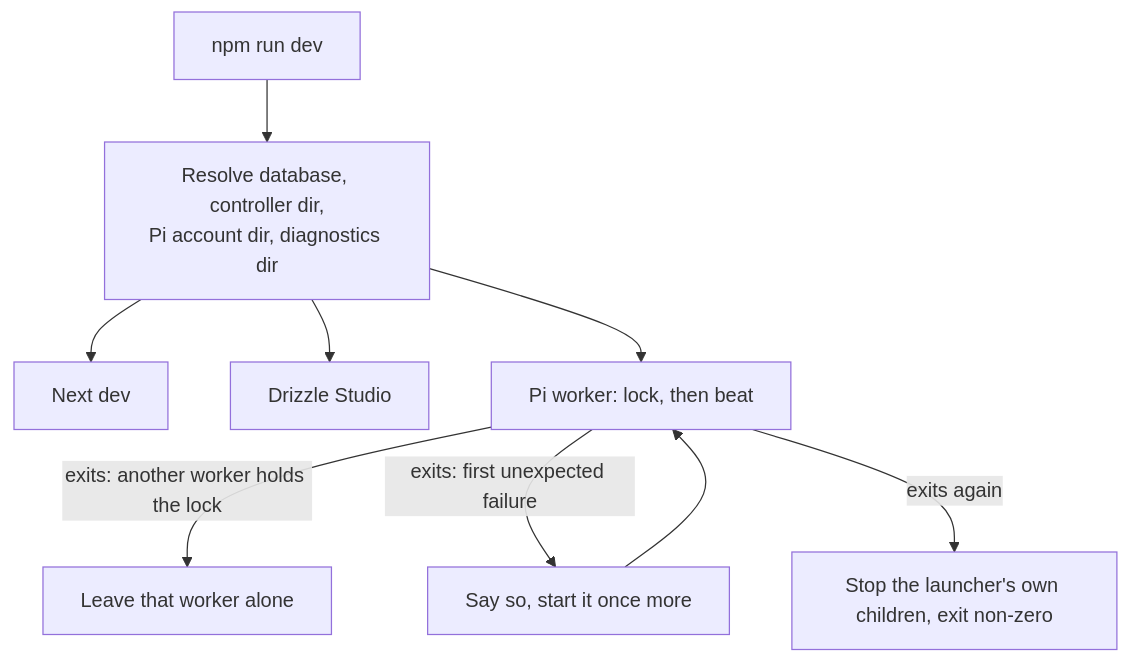
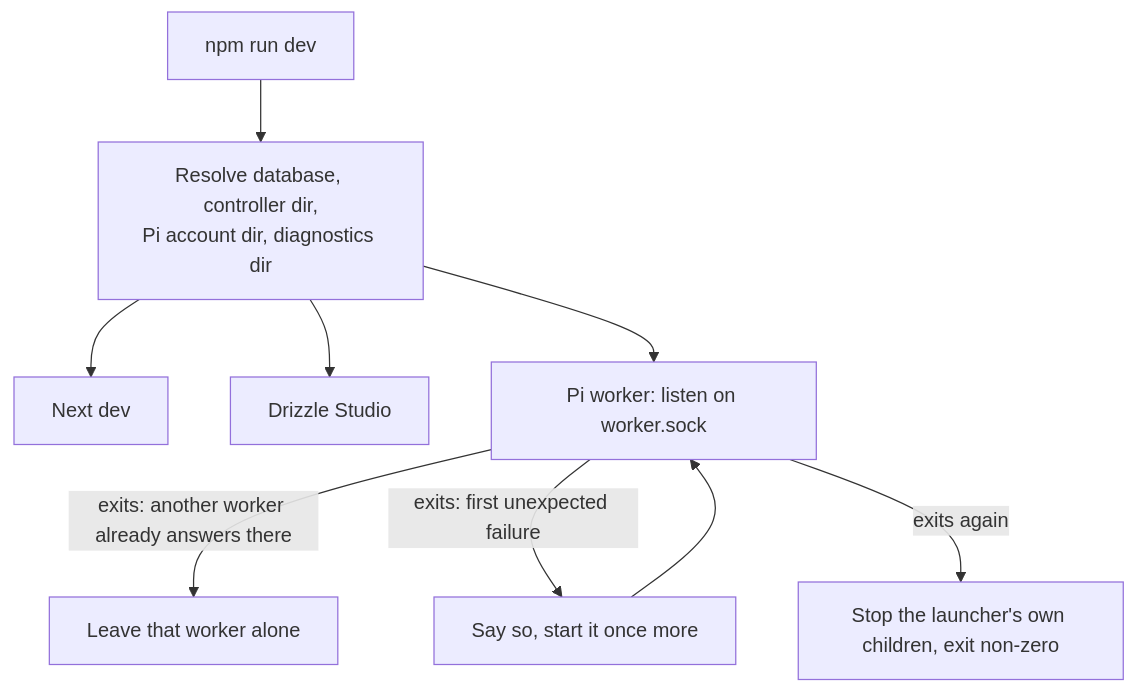
Before and after one commit to lustoykov/hallvi: the first of 2 diagrams in docs/architecture/development-start.md, drawn with Mermaid. The commit also changed other lines of this file and 71 other files, not shown here.

````diff
--- a/docs/architecture/development-start.md
+++ b/docs/architecture/development-start.md
@@ -9,11 +8,11 @@
 ```mermaid
 flowchart TD
   A[npm run dev] --> B[Resolve database, controller dir,<br/>Pi account dir, diagnostics dir]
   B --> C[Next dev]
   B --> D[Drizzle Studio]
-  B --> E[Pi worker: lock, then beat]
-  E -->|exits: another worker holds the lock| F[Leave that worker alone]
+  B --> E[Pi worker: listen on worker.sock]
+  E -->|exits: another worker already answers there| F[Leave that worker alone]
   E -->|exits: first unexpected failure| G[Say so, start it once more]
   E -->|exits again| H[Stop the launcher's own children, exit non-zero]
   G --> E
 ```
````
